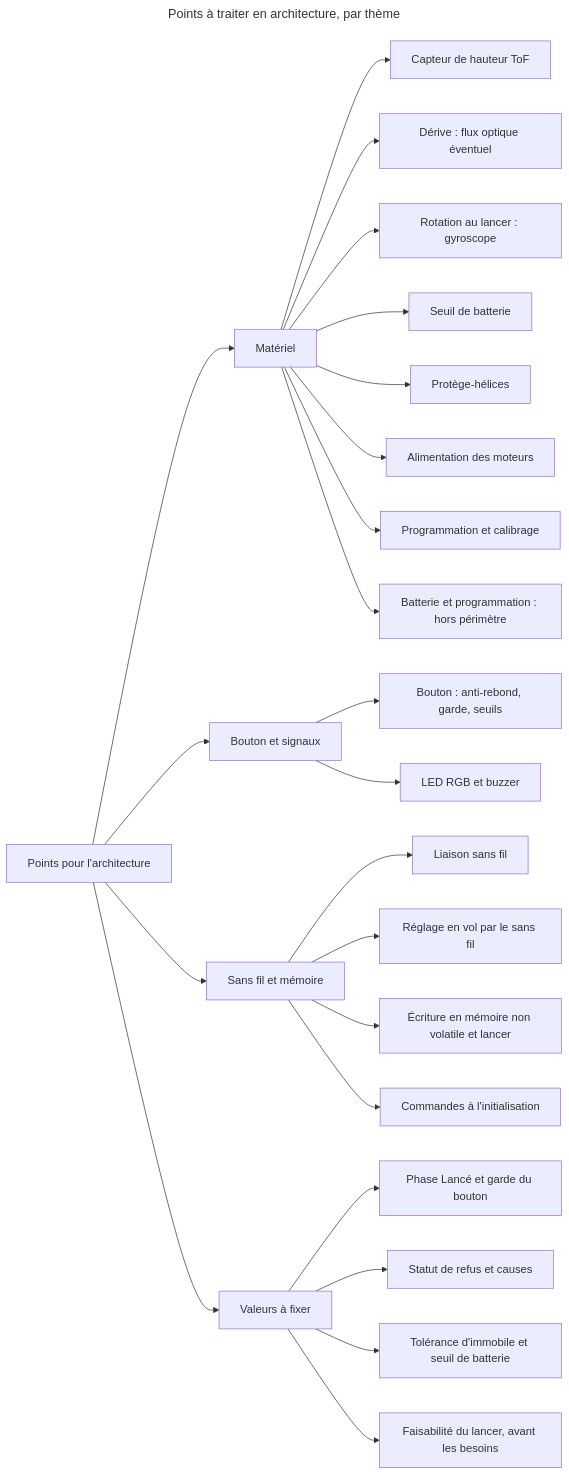
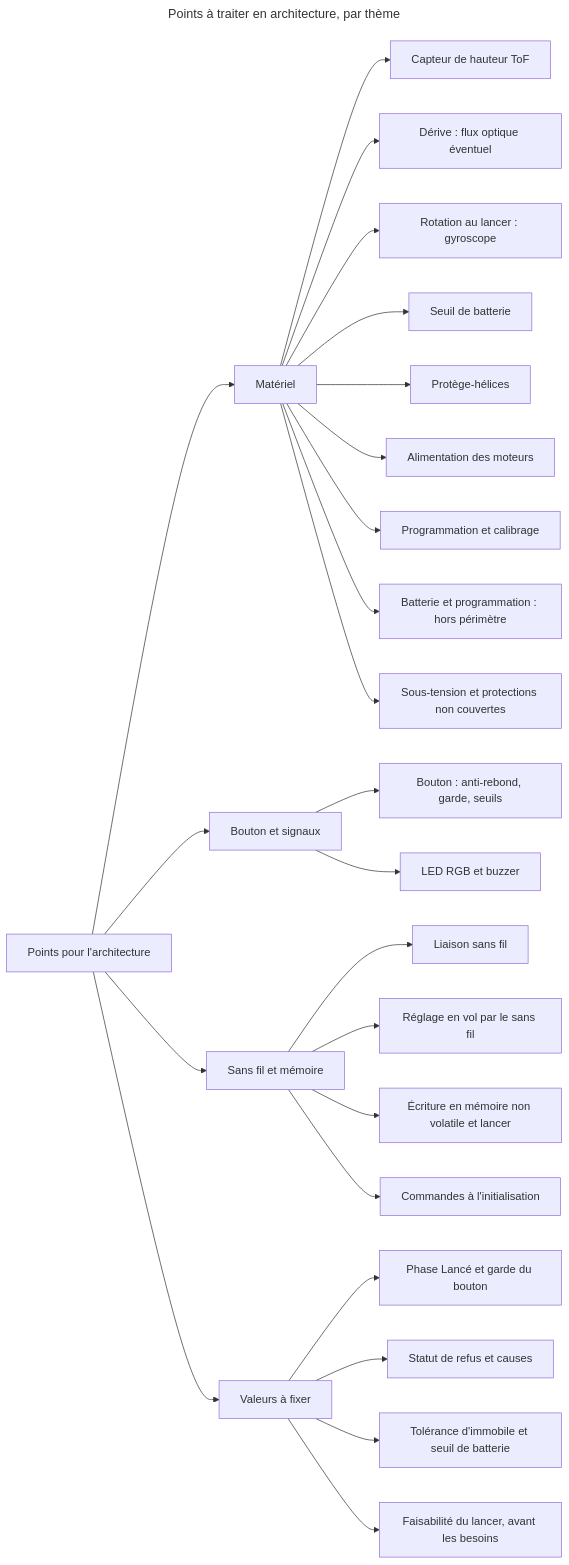
The diagram in projets/boomrone/notes-architecture.md (thourymatthieu-png/coworker_archi_system), drawn with Mermaid before and after one commit. The commit also changed other lines of this file and 7 other files, not shown here.

Commit message:
Boomrone : DEC-115 à DEC-126, SCN-012 sous-tension, risques-acceptes.md, 15 doutes ouverts

````diff
--- a/projets/boomrone/notes-architecture.md
+++ b/projets/boomrone/notes-architecture.md
@@ -5,28 +5,29 @@
 ```mermaid
 ---
 title: "Points à traiter en architecture, par thème"
 ---
 flowchart LR
     N["Points pour l'architecture"] --> M["Matériel"]
     N --> B["Bouton et signaux"]
     N --> S["Sans fil et mémoire"]
     N --> V["Valeurs à fixer"]
     M --> M1["Capteur de hauteur ToF"]
     M --> M2["Dérive : flux optique éventuel"]
     M --> M3["Rotation au lancer : gyroscope"]
     M --> M4["Seuil de batterie"]
     M --> M5["Protège-hélices"]
     M --> M6["Alimentation des moteurs"]
     M --> M7["Programmation et calibrage"]
     M --> M8["Batterie et programmation : hors périmètre"]
+    M --> M9["Sous-tension et protections non couvertes"]
     B --> B1["Bouton : anti-rebond, garde, seuils"]
     B --> B2["LED RGB et buzzer"]
     S --> S1["Liaison sans fil"]
     S --> S2["Réglage en vol par le sans fil"]
     S --> S3["Écriture en mémoire non volatile et lancer"]
     S --> S4["Commandes à l'initialisation"]
     V --> V1["Phase Lancé et garde du bouton"]
     V --> V2["Statut de refus et causes"]
     V --> V3["Tolérance d'immobile et seuil de batterie"]
     V --> V4["Faisabilité du lancer, avant les besoins"]
 ```
````
